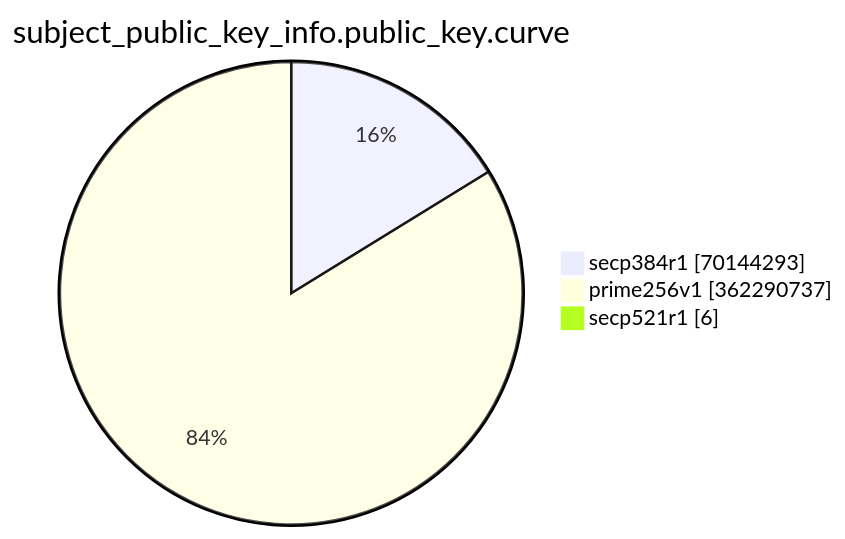
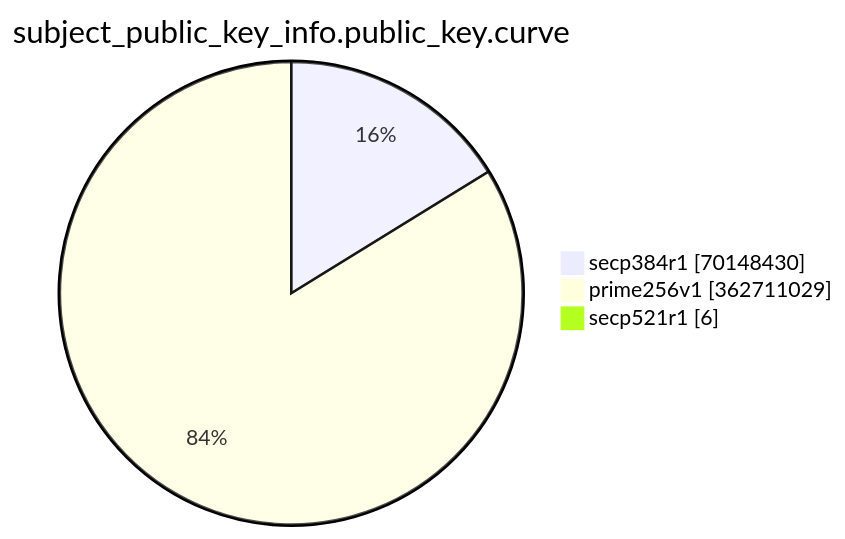
One commit to christiankrug/ctmonitor_visualization changed the eighth of 15 diagrams in TOTAL/README.md. Above: the diagram before and after it, drawn with Mermaid. The commit also changed other lines of this file, not shown here.

````diff
--- a/TOTAL/README.md
+++ b/TOTAL/README.md
@@ -3086,7 +3086,7 @@
 ```mermaid
 pie showData
 title subject_public_key_info.public_key.curve
-"secp384r1" :70144293
-"prime256v1" :362290737
+"secp384r1" :70148430
+"prime256v1" :362711029
 "secp521r1" :6
 ```
````
